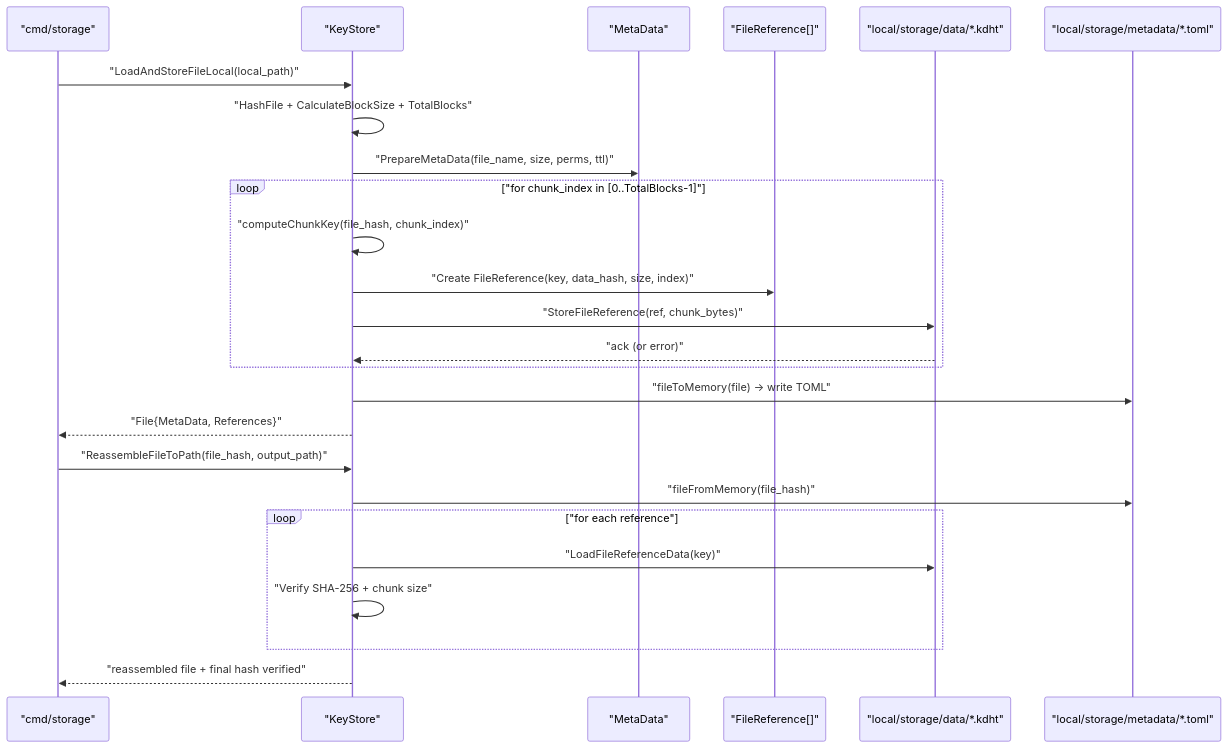
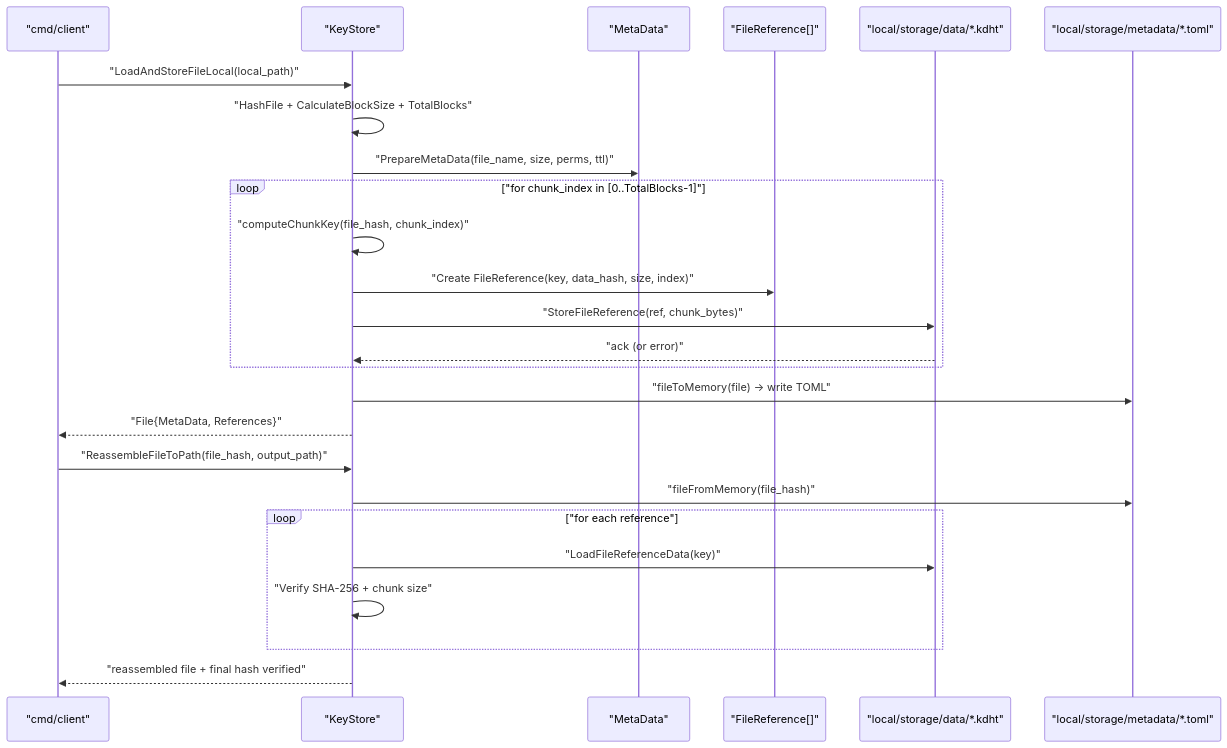
One commit to danmuck/dps_files changed the diagram in docs/architecture/models/keystore_local_flow.mmd. Above: the diagram before and after it, drawn with Mermaid. The commit also changed 20 other files, not shown here.

```diff
--- a/docs/architecture/models/keystore_local_flow.mmd
+++ b/docs/architecture/models/keystore_local_flow.mmd
@@ -1,29 +1,29 @@
 sequenceDiagram
-  participant CLI as "cmd/storage"
+  participant CLI as "cmd/client"
   participant KS as "KeyStore"
   participant MD as "MetaData"
   participant REF as "FileReference[]"
   participant DISK as "local/storage/data/*.kdht"
   participant META as "local/storage/metadata/*.toml"
 
   CLI->>KS: "LoadAndStoreFileLocal(local_path)"
   KS->>KS: "HashFile + CalculateBlockSize + TotalBlocks"
   KS->>MD: "PrepareMetaData(file_name, size, perms, ttl)"
 
   loop "for chunk_index in [0..TotalBlocks-1]"
     KS->>KS: "computeChunkKey(file_hash, chunk_index)"
     KS->>REF: "Create FileReference(key, data_hash, size, index)"
     KS->>DISK: "StoreFileReference(ref, chunk_bytes)"
     DISK-->>KS: "ack (or error)"
   end
 
   KS->>META: "fileToMemory(file) -> write TOML"
   KS-->>CLI: "File{MetaData, References}"
 
   CLI->>KS: "ReassembleFileToPath(file_hash, output_path)"
   KS->>META: "fileFromMemory(file_hash)"
   loop "for each reference"
     KS->>DISK: "LoadFileReferenceData(key)"
     KS->>KS: "Verify SHA-256 + chunk size"
   end
   KS-->>CLI: "reassembled file + final hash verified"
```
